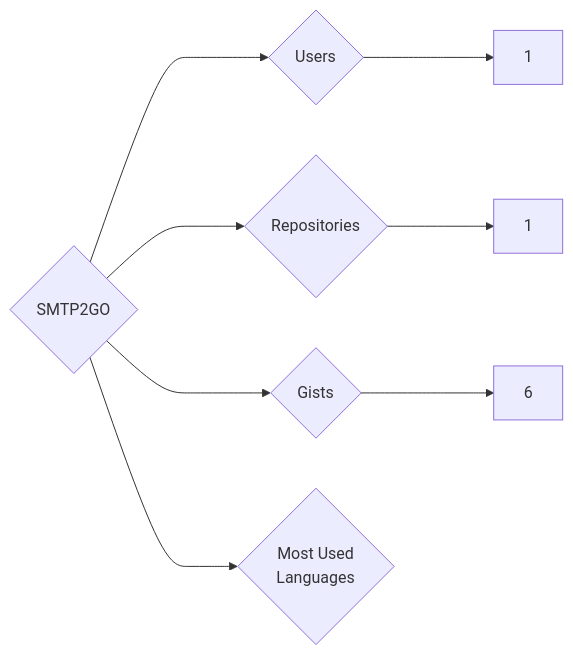
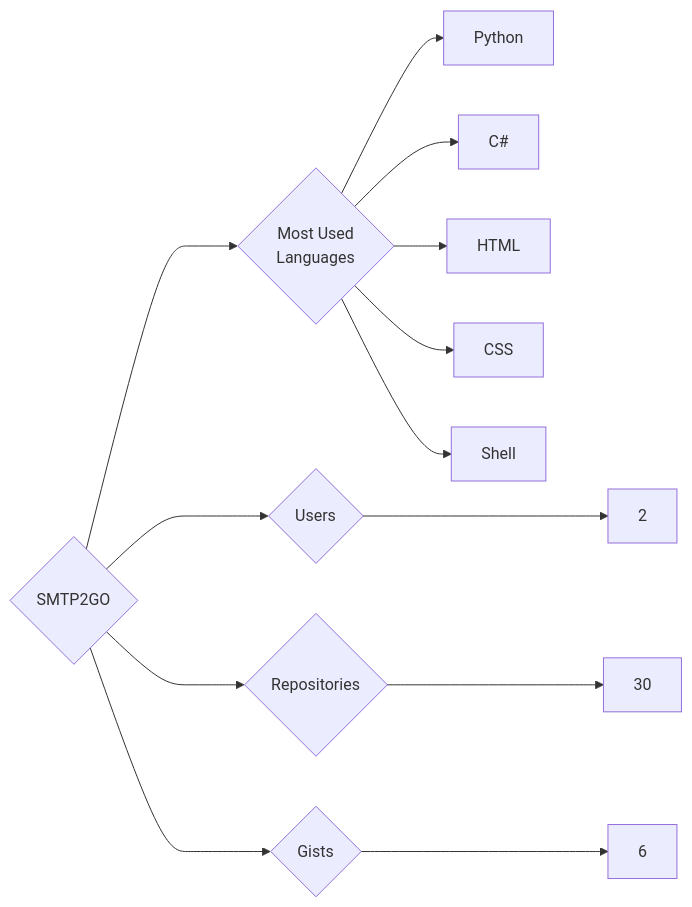
Before and after one commit to trickest/insiders: the diagram in targets/SMTP2GO/README.md, drawn with Mermaid. The commit also changed 835 other files, not shown here.

````diff
--- a/targets/SMTP2GO/README.md
+++ b/targets/SMTP2GO/README.md
@@ -3,8 +3,13 @@
 ```mermaid
 graph LR
 COMPANY_NAME{SMTP2GO}
-COMPANY_NAME ---> U{Users} ---> UN[1]
-COMPANY_NAME ---> R{Repositories} ---> RN[1]
+COMPANY_NAME ---> U{Users} ---> UN[2]
+COMPANY_NAME ---> R{Repositories} ---> RN[30]
 COMPANY_NAME ---> G{Gists} ---> GN[6]
 COMPANY_NAME ---> ML{Most Used<br>Languages}
+ML --> Python[Python]
+ML --> C#[C#]
+ML --> HTML[HTML]
+ML --> CSS[CSS]
+ML --> Shell[Shell]
 ```
````
